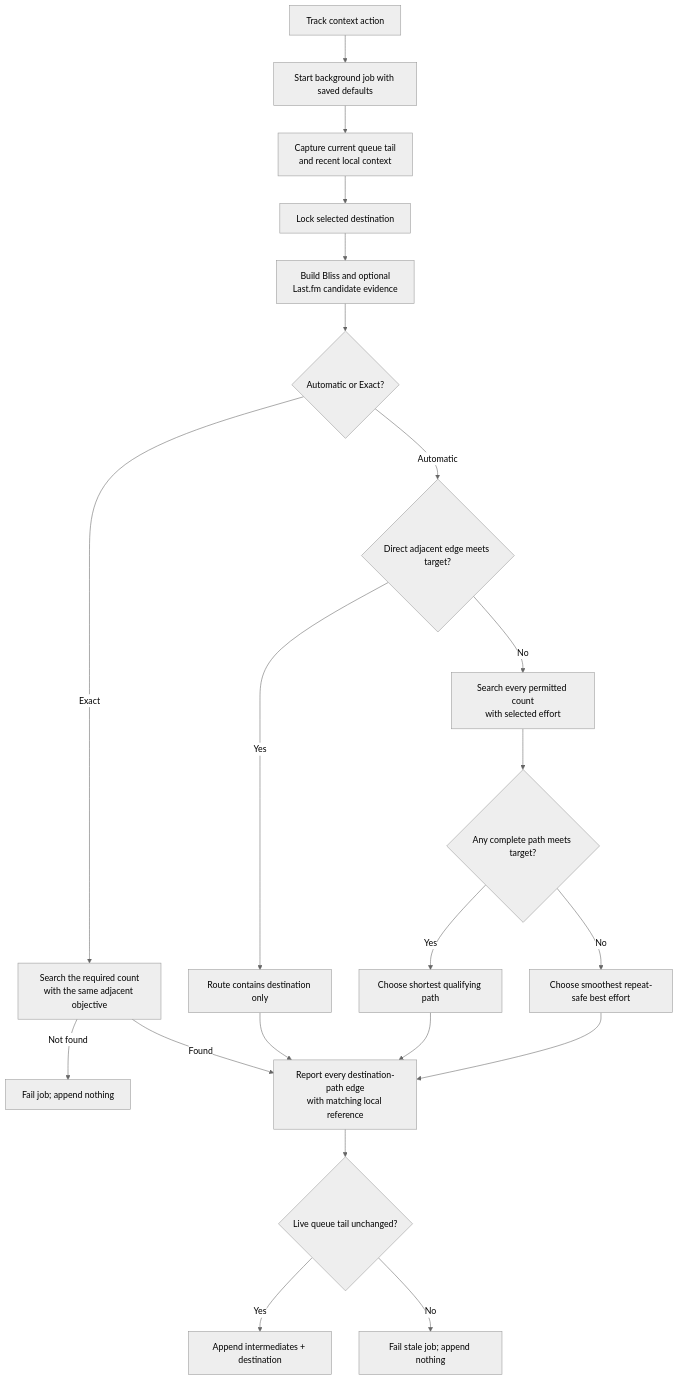
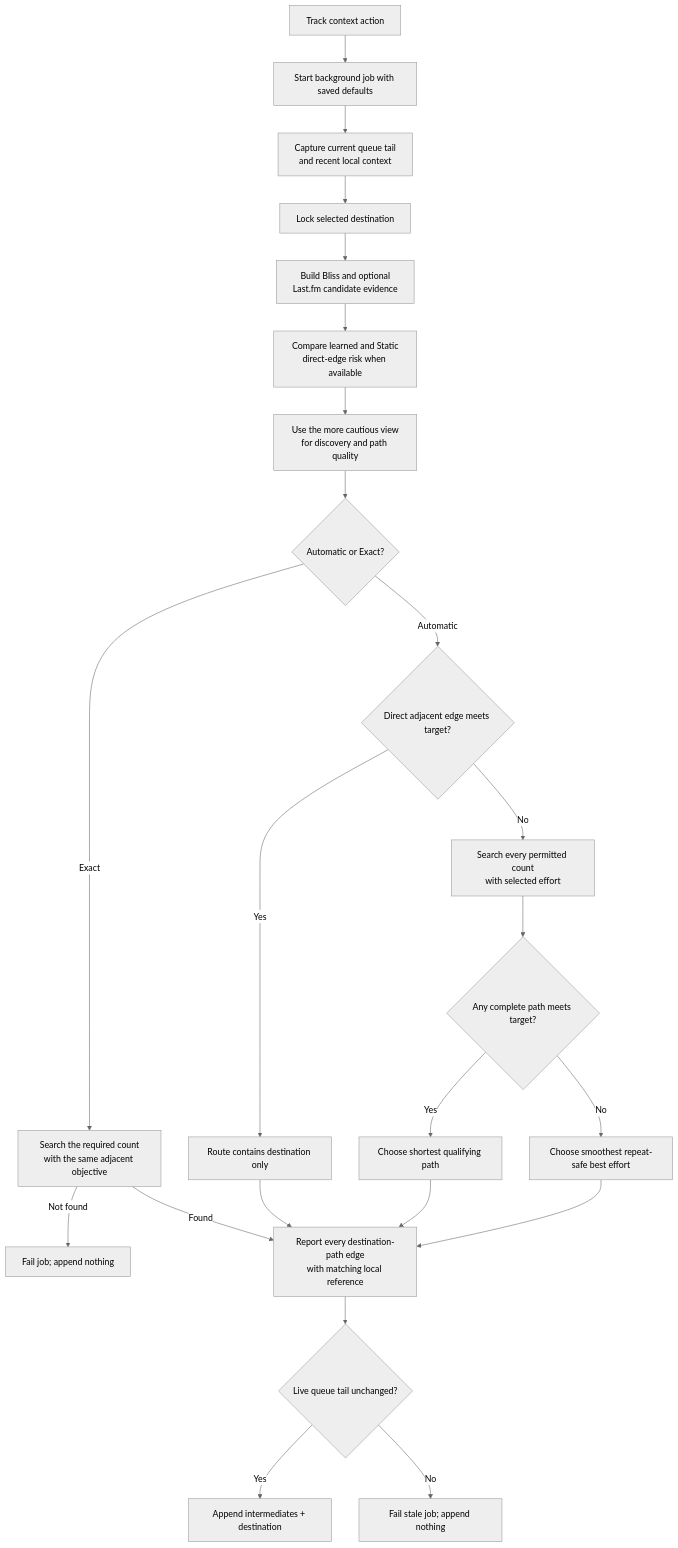
Before and after one commit to chrober/lms-better-call-bliss: the first of 8 diagrams in ALGORITHMS.md, drawn with Mermaid (neutral theme). The commit also changed other lines of this file and 6 other files, not shown here.

```diff
--- a/ALGORITHMS.md
+++ b/ALGORITHMS.md
@@ -86,23 +86,25 @@
 ~~~mermaid
 flowchart TD
     A["Track context action"] --> B["Start background job with saved defaults"]
     B --> C["Capture current queue tail<br/>and recent local context"]
     C --> D["Lock selected destination"]
     D --> E["Build Bliss and optional<br/>Last.fm candidate evidence"]
-    E --> F{"Automatic or Exact?"}
+    E --> V["Compare learned and Static<br/>direct-edge risk when available"]
+    V --> W["Use the more cautious view<br/>for discovery and path quality"]
+    W --> F{"Automatic or Exact?"}
     F -- Automatic --> G{"Direct adjacent edge meets target?"}
     G -- Yes --> K["Route contains destination only"]
     G -- No --> H["Search every permitted count<br/>with selected effort"]
     H --> I{"Any complete path meets target?"}
     I -- Yes --> P["Choose shortest qualifying path"]
     I -- No --> Q["Choose smoothest repeat-safe best effort"]
     F -- Exact --> L["Search the required count<br/>with the same adjacent objective"]
     L -- Not found --> J["Fail job; append nothing"]
     L -- Found --> R
     K --> R["Report every destination-path edge<br/>with matching local reference"]
     P --> R
     Q --> R
     R --> M{"Live queue tail unchanged?"}
     M -- Yes --> N["Append intermediates + destination"]
     M -- No --> O["Fail stale job; append nothing"]
 ~~~
```
